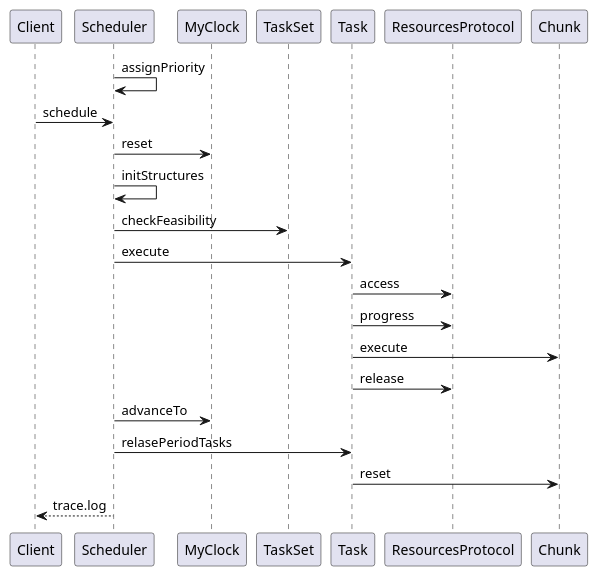
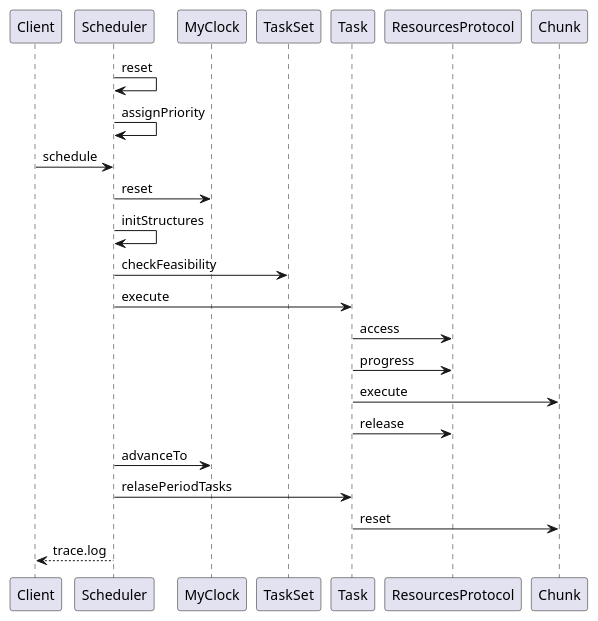
Before and after one commit to edoardosarri24/real-time-scheduling-simulator: the diagram in documentazione/immagini/sequence diagram.puml, drawn with PlantUML. The commit also changed 30 other files, not shown here.

```diff
--- a/documentazione/immagini/sequence diagram.puml
+++ b/documentazione/immagini/sequence diagram.puml
@@ -1,19 +1,20 @@
 @startuml sequence diagram RM
 
 participant Client
+Scheduler -> Scheduler : reset
 Scheduler -> Scheduler : assignPriority
 Client -> Scheduler : schedule
 Scheduler -> MyClock : reset
 Scheduler -> Scheduler : initStructures
 Scheduler -> TaskSet : checkFeasibility
 Scheduler -> Task : execute
 Task -> ResourcesProtocol : access
 Task -> ResourcesProtocol : progress
 Task -> Chunk : execute
 Task -> ResourcesProtocol : release
 Scheduler -> MyClock : advanceTo
 Scheduler -> Task : relasePeriodTasks
 Task -> Chunk : reset
 Scheduler --> Client : trace.log
 
 @enduml
```
